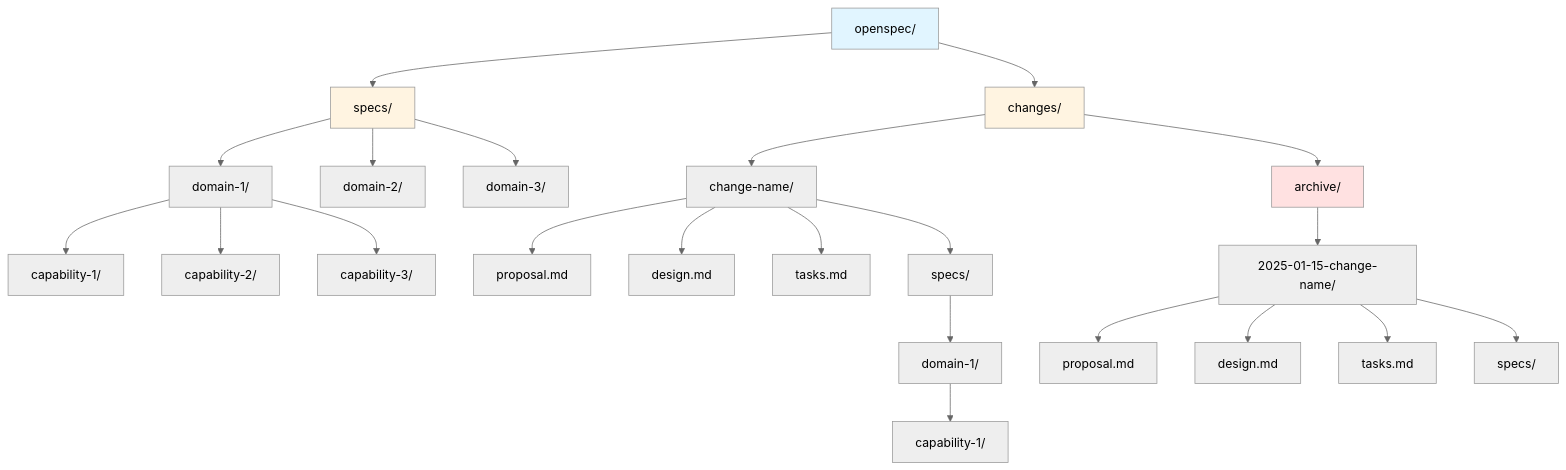
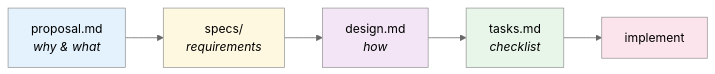
The second of 10 diagrams in resources/claude/skills/openspec-concepts/SKILL.md (amauryconstant/openspec-extended), drawn with Mermaid (neutral theme) before and after one commit. The commit also changed other lines of this file and 31 other files, not shown here.

````diff
--- a/resources/claude/skills/openspec-concepts/SKILL.md
+++ b/resources/claude/skills/openspec-concepts/SKILL.md
@@ -32,34 +59,13 @@
 ```mermaid
-graph TD
-    A[openspec/] --> B[specs/]
-    A --> C[changes/]
-
-    B --> D[domain-1/]
-    B --> E[domain-2/]
-    B --> F[domain-3/]
-
-    D --> D1[capability-1/]
-    D --> D2[capability-2/]
-    D --> D3[capability-3/]
-
-    C --> G[change-name/]
-    G --> G1[proposal.md]
-    G --> G2[design.md]
-    G --> G3[tasks.md]
-    G --> G4[specs/]
-
-    G4 --> H[domain-1/]
-    H --> H1[capability-1/]
-
-    C --> I[archive/]
-    I --> J[2025-01-15-change-name/]
-    J --> J1[proposal.md]
-    J --> J2[design.md]
-    J --> J3[tasks.md]
-    J --> J4[specs/]
-
-    style A fill:#e1f5ff
-    style B fill:#fff4e1
-    style C fill:#fff4e1
-    style I fill:#ffe1e1
+graph LR
+    A[proposal.md<br/><i>why & what</i>] --> B[specs/<br/><i>requirements</i>]
+    B --> C[design.md<br/><i>how</i>]
+    C --> D[tasks.md<br/><i>checklist</i>]
+    D --> E[implement]
+    
+    style A fill:#e3f2fd
+    style B fill:#fff8e1
+    style C fill:#f3e5f5
+    style D fill:#e8f5e9
+    style E fill:#fce4ec
 ```
````
